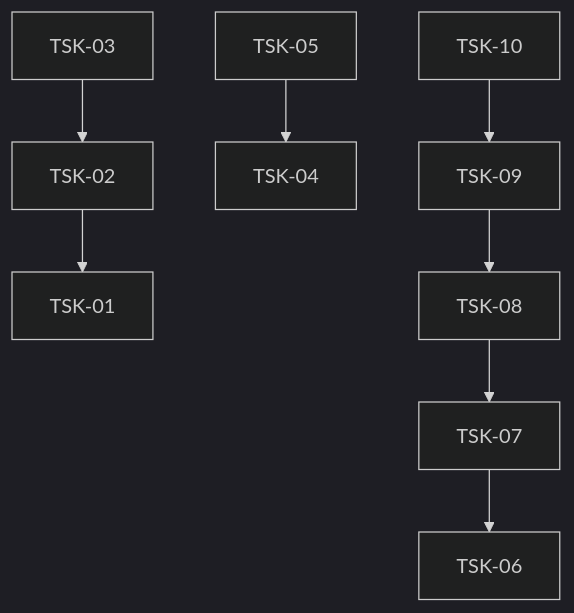
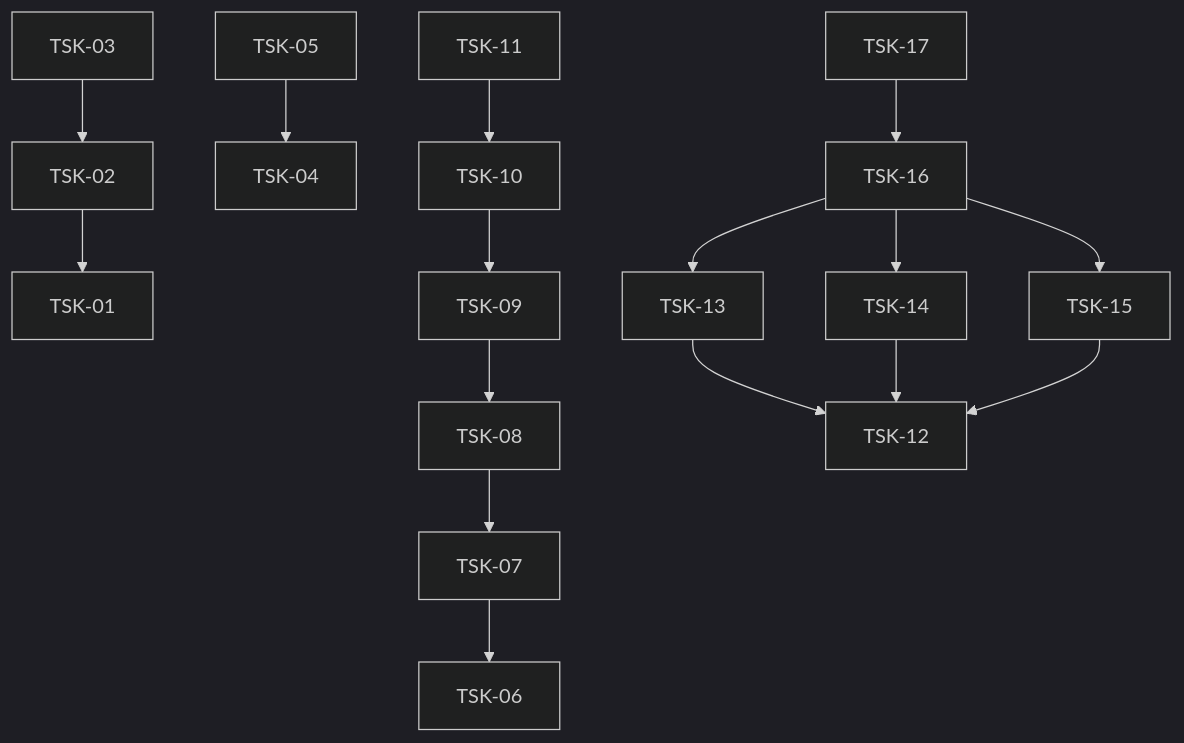
One commit to RubaXa/gennady changed the diagram in tasks/README.md. Above: the diagram before and after it, drawn with Mermaid (dark theme). The commit also changed other lines of this file and 40 other files, not shown here.

````diff
--- a/tasks/README.md
+++ b/tasks/README.md
@@ -60,10 +60,18 @@
 ```mermaid
 graph TD
     TSK-02 --> TSK-01
     TSK-03 --> TSK-02
     TSK-05 --> TSK-04
     TSK-07 --> TSK-06
     TSK-08 --> TSK-07
     TSK-09 --> TSK-08
     TSK-10 --> TSK-09
+    TSK-11 --> TSK-10
+    TSK-13 --> TSK-12
+    TSK-14 --> TSK-12
+    TSK-15 --> TSK-12
+    TSK-16 --> TSK-13
+    TSK-16 --> TSK-14
+    TSK-16 --> TSK-15
+    TSK-17 --> TSK-16
 ```
````
